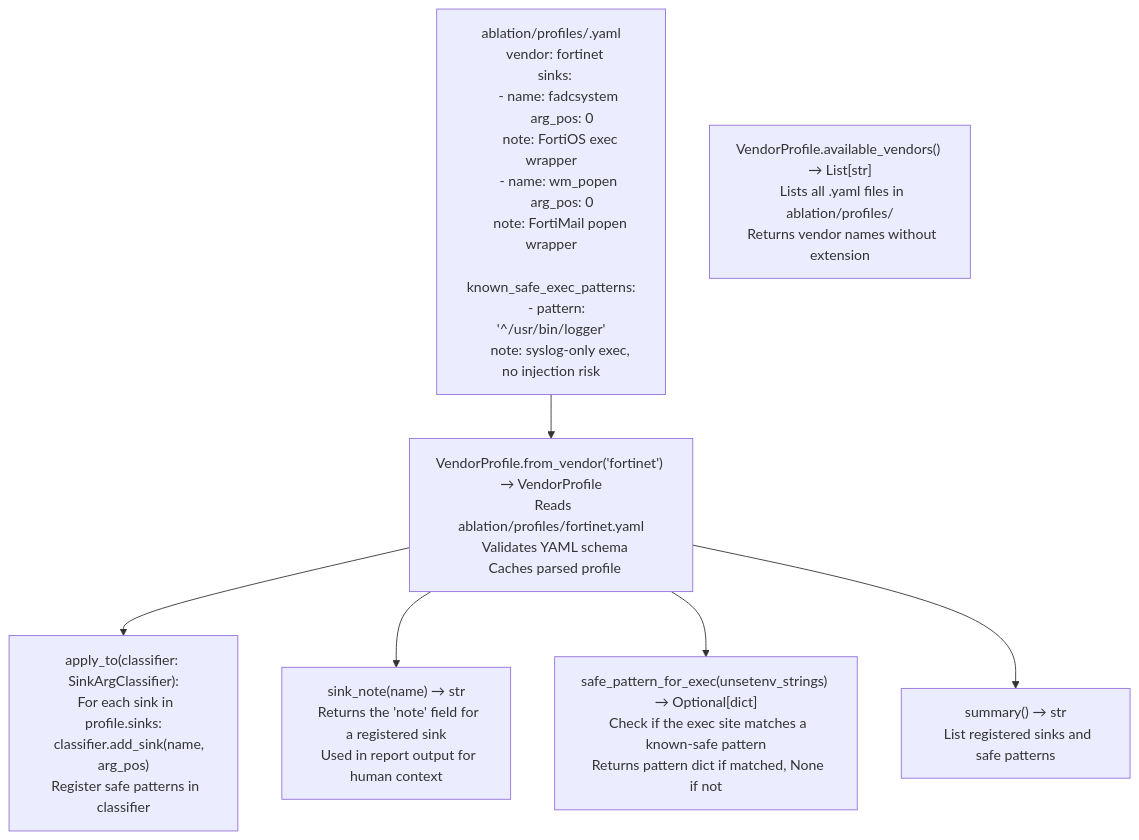
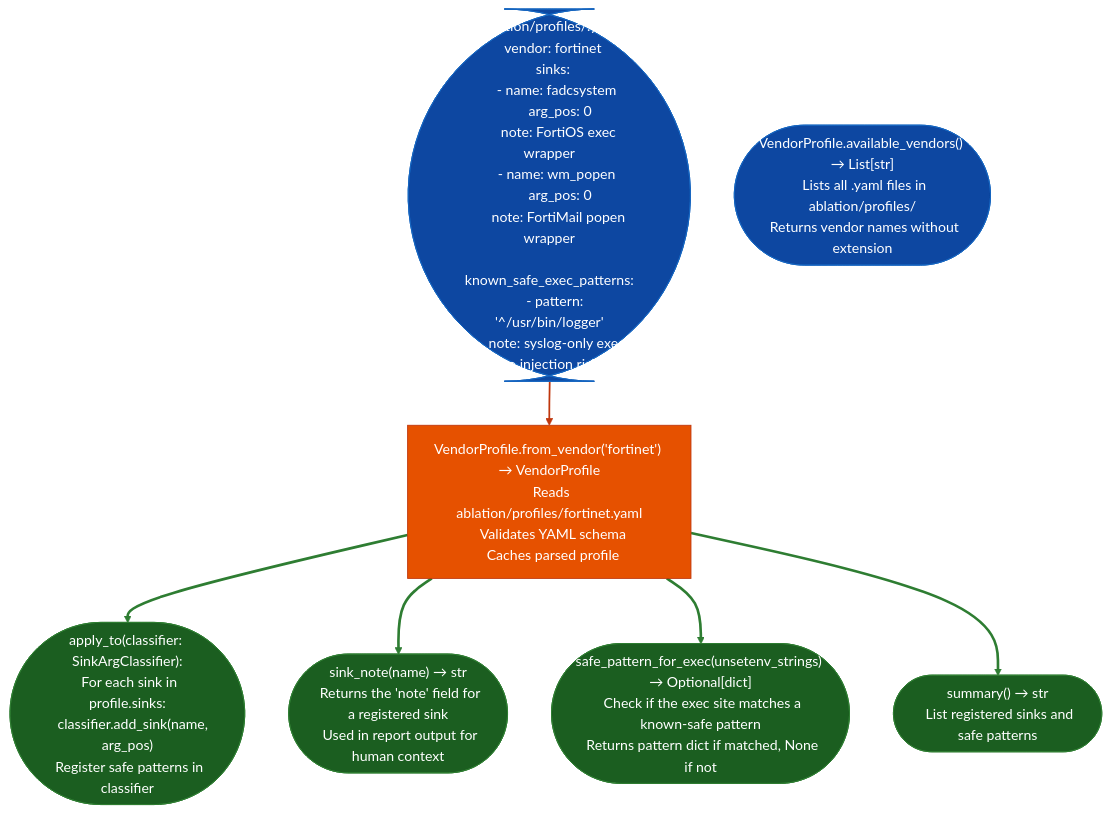
Before and after one commit to Ablation-Tool/ablation: the diagram in docs/reference-modules/vendor-sink-profiles.md, drawn with Mermaid. The commit also changed 320 other files, not shown here.

First line of the commit message:
docs: apply canonical Mermaid template to all 321 diagrams

````diff
--- a/docs/reference-modules/vendor-sink-profiles.md
+++ b/docs/reference-modules/vendor-sink-profiles.md
@@ -19,9 +19,20 @@
 ```mermaid
 flowchart TD
-    A["ablation/profiles/<vendor>.yaml\n  vendor: fortinet\n  sinks:\n    - name: fadcsystem\n      arg_pos: 0\n      note: FortiOS exec wrapper\n    - name: wm_popen\n      arg_pos: 0\n      note: FortiMail popen wrapper\n  known_safe_exec_patterns:\n    - pattern: '^/usr/bin/logger'\n      note: syslog-only exec, no injection risk"] --> B["VendorProfile.from_vendor('fortinet') → VendorProfile\n  Reads ablation/profiles/fortinet.yaml\n  Validates YAML schema\n  Caches parsed profile"]
-    B --> C["apply_to(classifier: SinkArgClassifier):\n  For each sink in profile.sinks:\n    classifier.add_sink(name, arg_pos)\n  Register safe patterns in classifier"]
-    B --> D["sink_note(name) → str\n  Returns the 'note' field for a registered sink\n  Used in report output for human context"]
-    B --> E["safe_pattern_for_exec(unsetenv_strings) → Optional[dict]\n  Check if the exec site matches a known-safe pattern\n  Returns pattern dict if matched, None if not"]
-    B --> F["summary() → str\n  List registered sinks and safe patterns"]
-    G["VendorProfile.available_vendors() → List[str]\n  Lists all .yaml files in ablation/profiles/\n  Returns vendor names without extension"]
+    A(["ablation/profiles/<vendor>.yaml\n  vendor: fortinet\n  sinks:\n    - name: fadcsystem\n      arg_pos: 0\n      note: FortiOS exec wrapper\n    - name: wm_popen\n      arg_pos: 0\n      note: FortiMail popen wrapper\n  known_safe_exec_patterns:\n    - pattern: '^/usr/bin/logger'\n      note: syslog-only exec, no injection risk"]):::input --> B["VendorProfile.from_vendor('fortinet') → VendorProfile\n  Reads ablation/profiles/fortinet.yaml\n  Validates YAML schema\n  Caches parsed profile"]:::primary
+    B:::primary --> C(["apply_to(classifier: SinkArgClassifier):\n  For each sink in profile.sinks:\n    classifier.add_sink(name, arg_pos)\n  Register safe patterns in classifier"]):::output
+    B:::primary --> D(["sink_note(name) → str\n  Returns the 'note' field for a registered sink\n  Used in report output for human context"]):::output
+    B:::primary --> E(["safe_pattern_for_exec(unsetenv_strings) → Optional[dict]\n  Check if the exec site matches a known-safe pattern\n  Returns pattern dict if matched, None if not"]):::output
+    B:::primary --> F(["summary() → str\n  List registered sinks and safe patterns"]):::output
+    G(["VendorProfile.available_vendors() → List[str]\n  Lists all .yaml files in ablation/profiles/\n  Returns vendor names without extension"]):::input
+    classDef input     fill:#0d47a1,stroke:#1565c0,color:#fff
+    classDef primary   fill:#e65100,stroke:#bf360c,color:#fff
+    classDef secondary fill:#004d40,stroke:#00695c,color:#fff
+    classDef tertiary  fill:#4a148c,stroke:#6a1b9a,color:#fff
+    classDef neutral   fill:#37474f,stroke:#546e7a,color:#fff
+    classDef output    fill:#1b5e20,stroke:#2e7d32,color:#fff
+    linkStyle 0 stroke:#bf360c,stroke-width:2px
+    linkStyle 1 stroke:#2e7d32,stroke-width:3px
+    linkStyle 2 stroke:#2e7d32,stroke-width:3px
+    linkStyle 3 stroke:#2e7d32,stroke-width:3px
+    linkStyle 4 stroke:#2e7d32,stroke-width:3px
 ```
````
